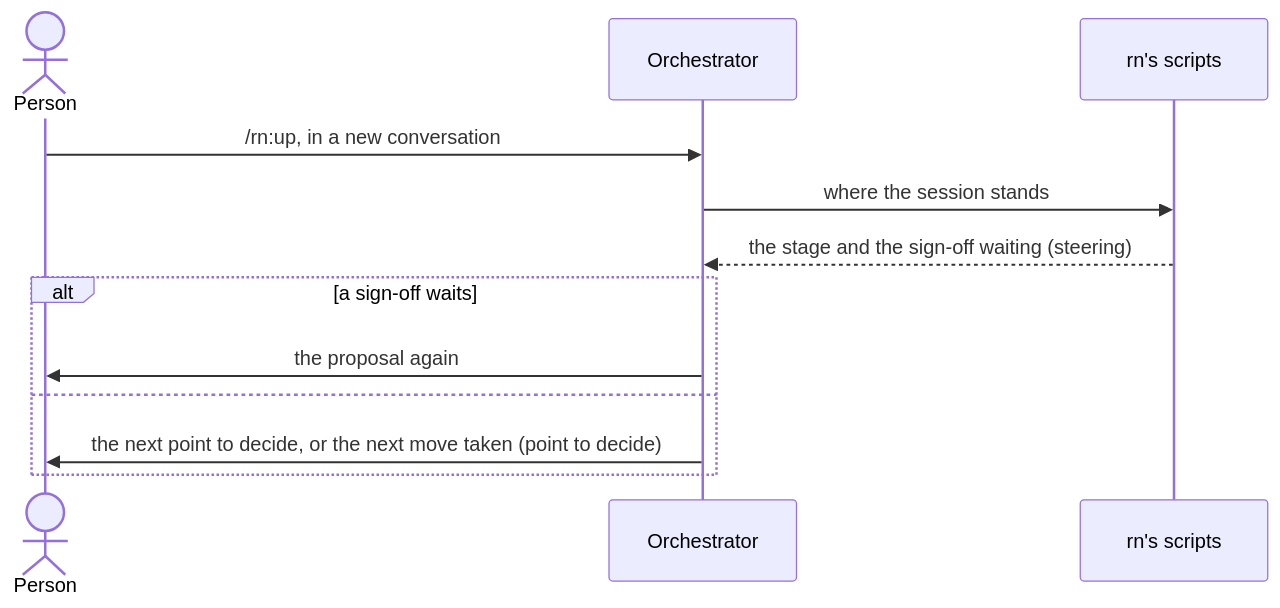
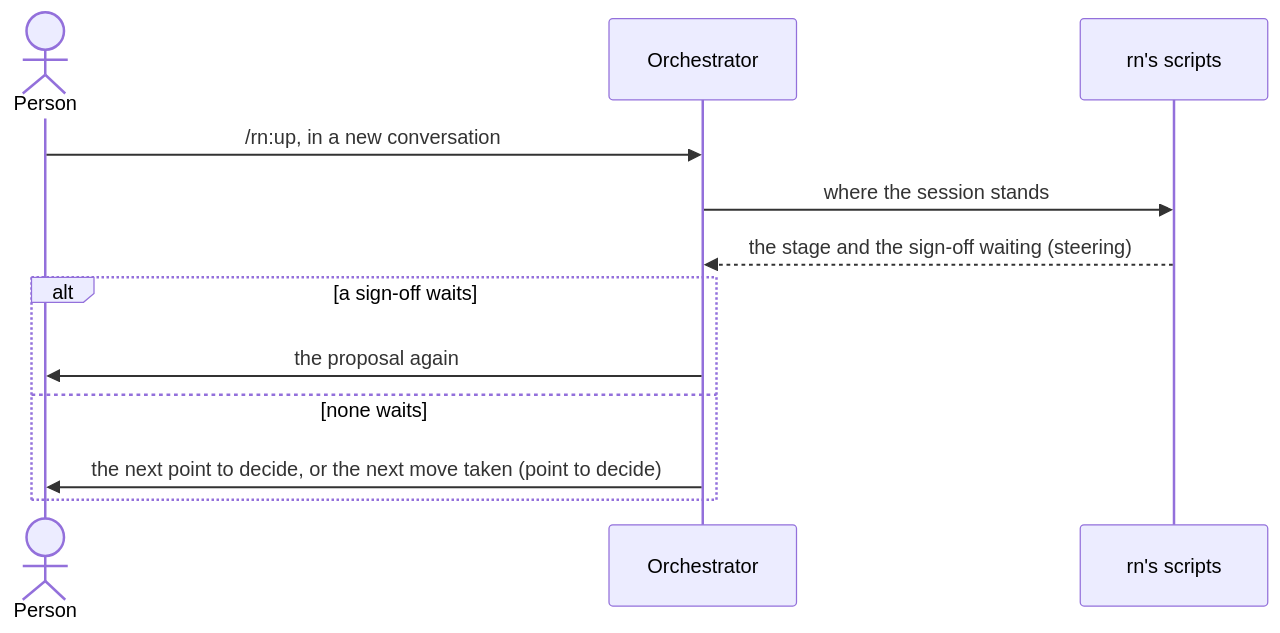
One commit to lovaizu/ccpm changed the fourth of 5 diagrams in dev/rn/architecture.md. Above: the diagram before and after it, drawn with Mermaid. The commit also changed other lines of this file and 7 other files, not shown here.

First line of the commit message:
Figures checked by rendering them; labels clear of borders, three sequences that did not parse fixed

````diff
--- a/dev/rn/architecture.md
+++ b/dev/rn/architecture.md
@@ -172,14 +172,14 @@
 ```mermaid
 sequenceDiagram
   actor U as Person
   participant O as Orchestrator
   participant S as rn's scripts
   U->>O: /rn:up, in a new conversation
   O->>S: where the session stands
   S-->>O: the stage and the sign-off waiting (steering)
   alt a sign-off waits
     O->>U: the proposal again
-  else
+  else none waits
     O->>U: the next point to decide, or the next move taken (point to decide)
   end
 ```
````
